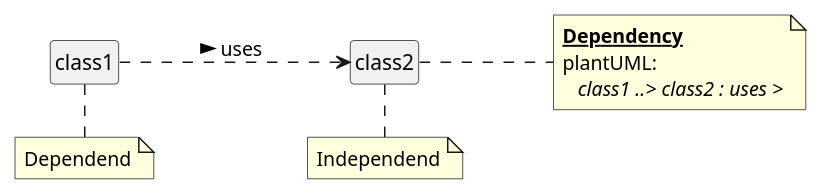
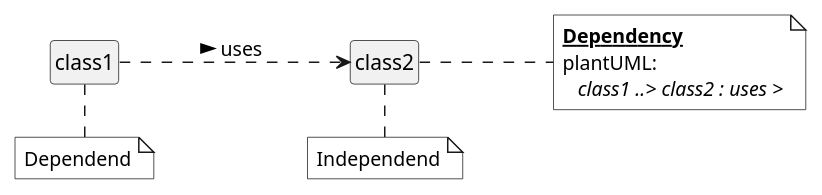
Before and after one commit to chraxo/UmlMarkdownCheatSheet: the tenth of 32 diagrams in uml_markdown_summary.md, drawn with PlantUML. The commit also changed other lines of this file, not shown here.

```diff
--- a/uml_markdown_summary.md
+++ b/uml_markdown_summary.md
@@ -448,25 +385,30 @@
 @startuml
-    skinparam classFontName Consolas
-    skinparam classAttributeFontName Consolas
     skinparam noteFontName Consolas
+    skinparam legendFontName Consolas
+    skinparam noteBackgroundColor white
+    skinparam legendBackgroundColor white
+    skinparam legendBorderColor white
+    'skinparam DiagramBorderColor black
+    'skinparam DiagramBorderThickness 2
+    skinparam style strictuml
+    'skinparam monochrome true
 
     hide empty members
     left to right direction
-    skinparam style strictuml
 
     class1 ..> class2 : uses >
     
     note bottom of class1
         Dependend
     end note
 
     note bottom of class2
         Independend
     end note
 
     note right of class2
         **__Dependency__**
         plantUML:
            //class1 ..> class2 : uses >//
     end note
 @enduml
```
